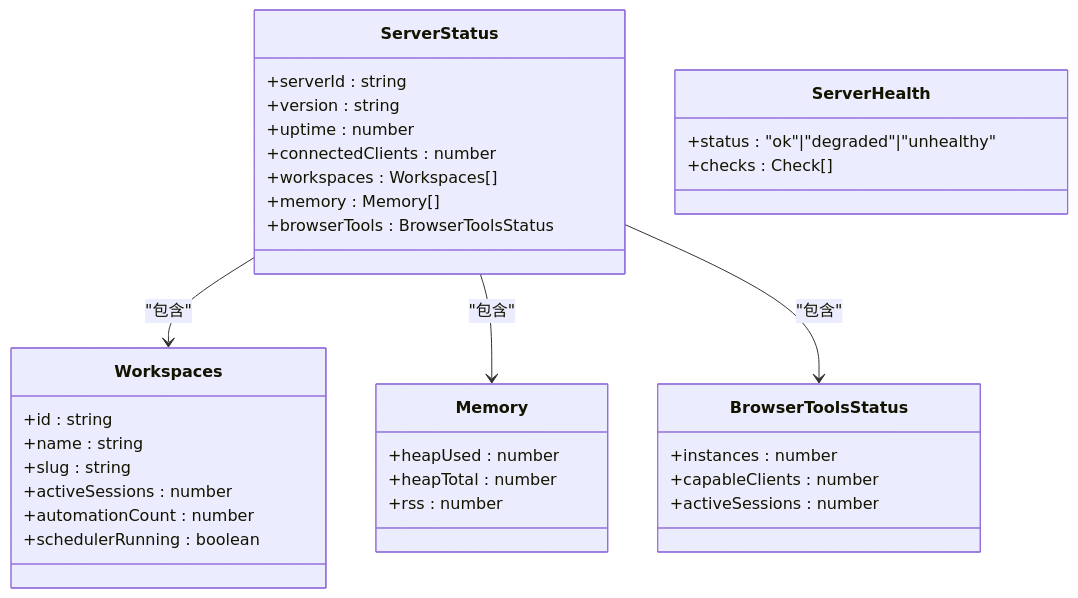
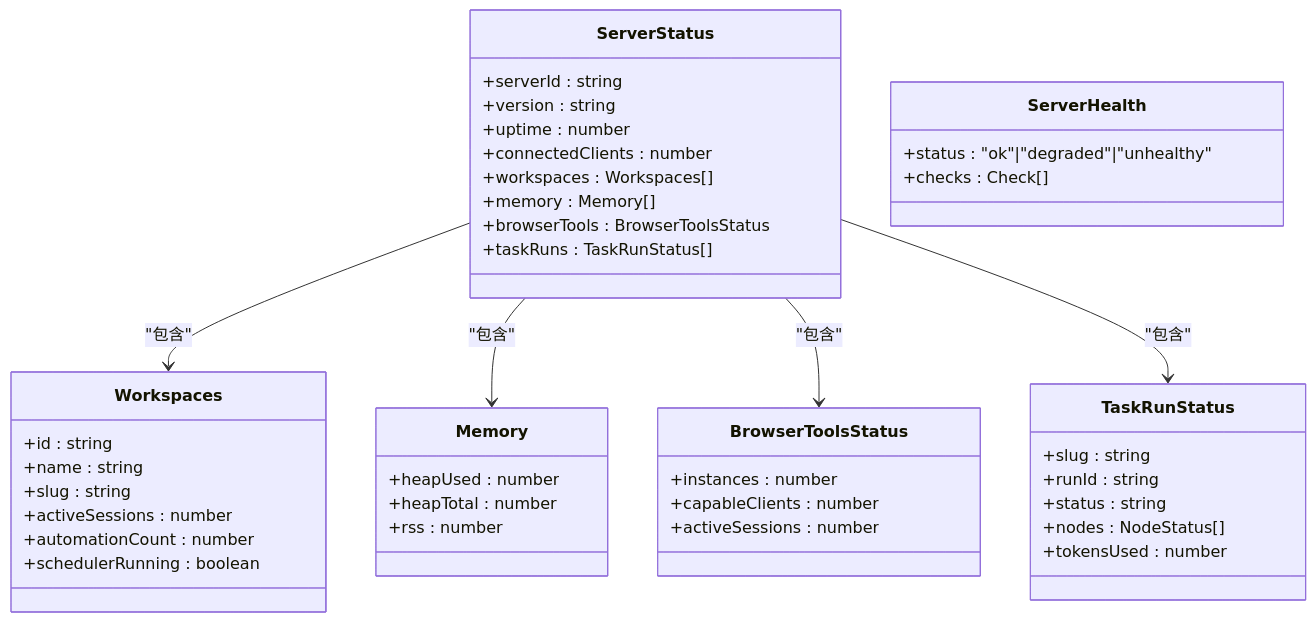
The tenth of 12 diagrams in .qoder/repowiki/zh/content/服务器架构/服务器核心/服务器核心.md (haolange/craft-agents-oss), drawn with Mermaid before and after one commit. The commit also changed other lines of this file and 8 other files, not shown here.

````diff
--- a/.qoder/repowiki/zh/content/服务器架构/服务器核心/服务器核心.md
+++ b/.qoder/repowiki/zh/content/服务器架构/服务器核心/服务器核心.md
@@ -426,37 +517,46 @@
 ```mermaid
 classDiagram
 class ServerStatus {
 +serverId : string
 +version : string
 +uptime : number
 +connectedClients : number
 +workspaces : Workspaces[]
 +memory : Memory[]
 +browserTools : BrowserToolsStatus
++taskRuns : TaskRunStatus[]
 }
 class ServerHealth {
 +status : "ok"|"degraded"|"unhealthy"
 +checks : Check[]
 }
 class Workspaces {
 +id : string
 +name : string
 +slug : string
 +activeSessions : number
 +automationCount : number
 +schedulerRunning : boolean
 }
 class Memory {
 +heapUsed : number
 +heapTotal : number
 +rss : number
 }
 class BrowserToolsStatus {
 +instances : number
 +capableClients : number
 +activeSessions : number
 }
+class TaskRunStatus {
++slug : string
++runId : string
++status : string
++nodes : NodeStatus[]
++tokensUsed : number
+}
 ServerStatus --> Workspaces : "包含"
 ServerStatus --> Memory : "包含"
 ServerStatus --> BrowserToolsStatus : "包含"
+ServerStatus --> TaskRunStatus : "包含"
 ```
````
